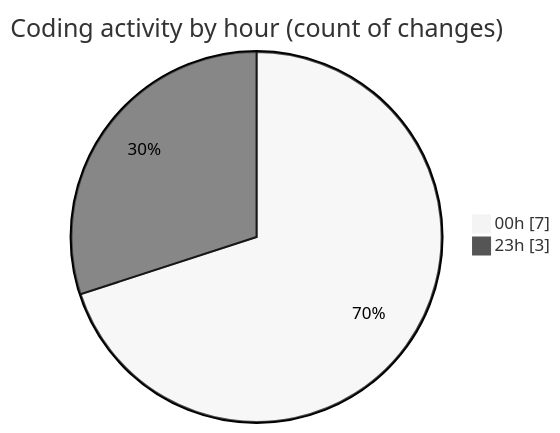
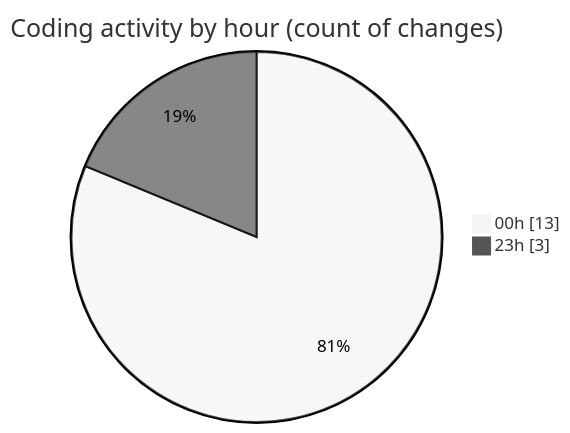
Before and after one commit to Netris89/code-tracking: the second of 2 diagrams in 2025-04-22/echo/README.md, drawn with Mermaid (neutral theme). The commit also changed other lines of this file and 1 other file, not shown here.

````diff
--- a/2025-04-22/echo/README.md
+++ b/2025-04-22/echo/README.md
@@ -28,6 +28,6 @@
 ```mermaid
 pie showData
 title Coding activity by hour (count of changes)
-"00h" : 7
+"00h" : 13
 "23h" : 3
 ```
````
